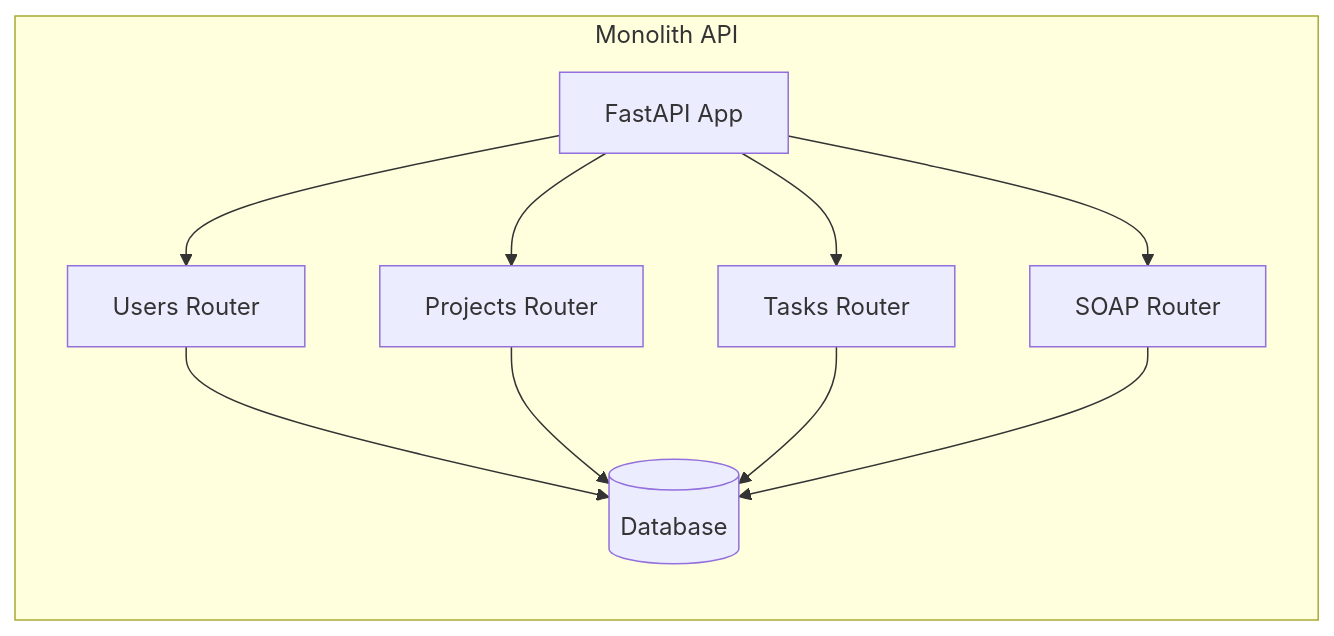
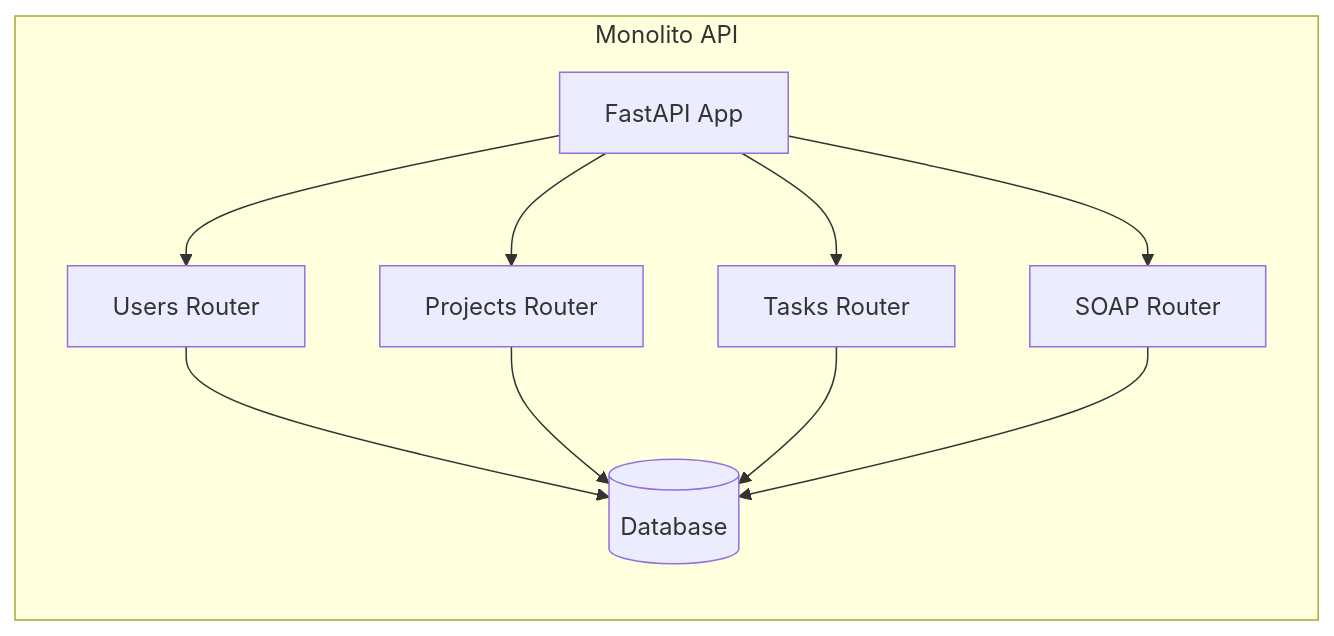
Before and after one commit to ManuelaBarbachan/ANDIS2_TFU5: the diagram in README.md, drawn with Mermaid. The commit also changed other lines of this file and 15 other files, not shown here.

````diff
--- a/README.md
+++ b/README.md
@@ -73,13 +73,13 @@
 ```mermaid
 flowchart LR
-    subgraph Monolith API
+    subgraph Monolito API
         Main[FastAPI App] --> Users[Users Router]
         Main --> Projects[Projects Router]
         Main --> Tasks[Tasks Router]
         Main --> SOAP[SOAP Router]
         Users --> DB[(Database)]
         Projects --> DB
         Tasks --> DB
         SOAP --> DB
     end
 ```
````
